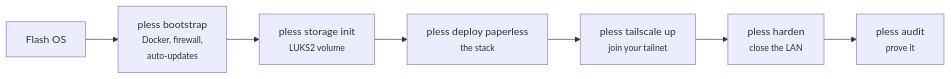
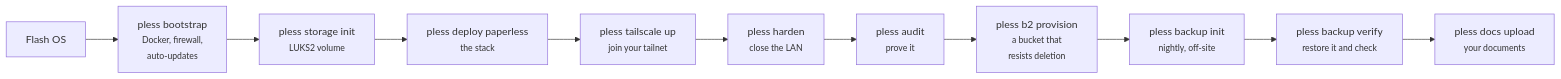
Before and after one commit to kschulst/pless: the diagram in docs/getting-started/index.md, drawn with Mermaid. The commit also changed other lines of this file and 8 other files, not shown here.

````diff
--- a/docs/getting-started/index.md
+++ b/docs/getting-started/index.md
@@ -29,9 +29,13 @@
 ```mermaid
 flowchart LR
     A["Flash OS"] --> B["pless bootstrap<br/><small>Docker, firewall,<br/>auto-updates</small>"]
     B --> C["pless storage init<br/><small>LUKS2 volume</small>"]
     C --> D["pless deploy paperless<br/><small>the stack</small>"]
     D --> E["pless tailscale up<br/><small>join your tailnet</small>"]
     E --> F["pless harden<br/><small>close the LAN</small>"]
     F --> G["pless audit<br/><small>prove it</small>"]
+    G --> H["pless b2 provision<br/><small>a bucket that<br/>resists deletion</small>"]
+    H --> I["pless backup init<br/><small>nightly, off-site</small>"]
+    I --> J["pless backup verify<br/><small>restore it and check</small>"]
+    J --> K["pless docs upload<br/><small>your documents</small>"]
 ```
````
